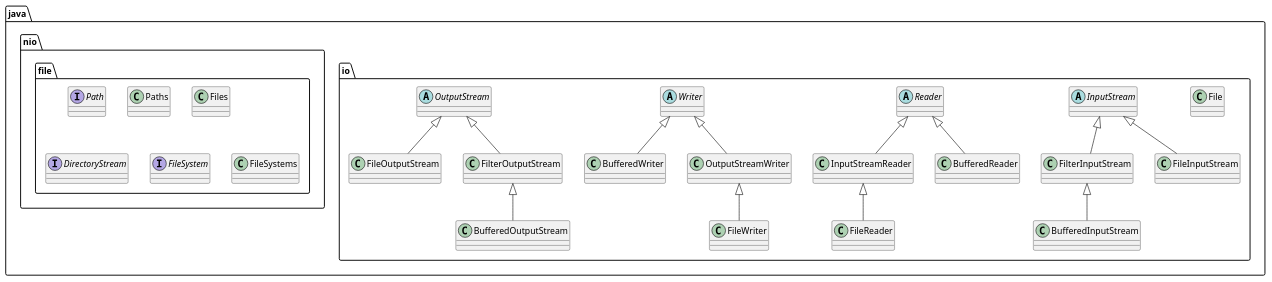
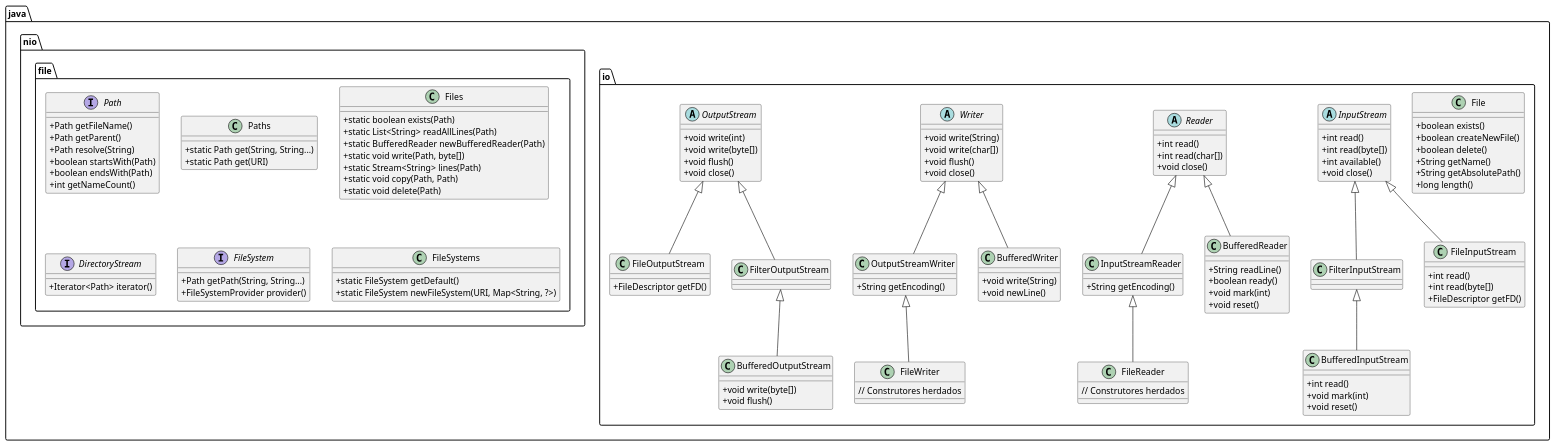
One commit to caioamorim7/poo changed the diagram in lectures/examples/12-file/doc/file.plantuml. Above: the diagram before and after it, drawn with PlantUML. The commit also changed 4 other files, not shown here.

```diff
--- a/lectures/examples/12-file/doc/file.plantuml
+++ b/lectures/examples/12-file/doc/file.plantuml
@@ -1,43 +1,137 @@
 @startuml
 skinparam classAttributeIconSize 0
 
-
 package "java.io" {
 
-    class File
+    class File {
+        +boolean exists()
+        +boolean createNewFile()
+        +boolean delete()
+        +String getName()
+        +String getAbsolutePath()
+        +long length()
+    }
 
-    abstract class InputStream
+    abstract class InputStream {
+        +int read()
+        +int read(byte[])
+        +int available()
+        +void close()
+    }
 
     class FilterInputStream extends InputStream
-    class BufferedInputStream extends FilterInputStream
-    class FileInputStream extends InputStream
 
-    abstract class Reader
-    
-    class InputStreamReader extends Reader
-    class FileReader extends InputStreamReader
-    class BufferedReader extends Reader
+    class BufferedInputStream extends FilterInputStream {
+        +int read()
+        +void mark(int)
+        +void reset()
+    }
 
-    abstract class Writer
+    class FileInputStream extends InputStream {
+        +int read()
+        +int read(byte[])
+        +FileDescriptor getFD()
+    }
 
-    class BufferedWriter extends Writer
-    class OutputStreamWriter extends Writer
-    class FileWriter extends OutputStreamWriter
+    abstract class Reader {
+        +int read()
+        +int read(char[])
+        +void close()
+    }
 
-    abstract class OutputStream
+    class InputStreamReader extends Reader {
+        +String getEncoding()
+    }
 
-    class FileOutputStream extends OutputStream
+    class FileReader extends InputStreamReader {
+        // Construtores herdados
+    }
+
+    class BufferedReader extends Reader {
+        +String readLine()
+        +boolean ready()
+        +void mark(int)
+        +void reset()
+    }
+
+    abstract class Writer {
+        +void write(String)
+        +void write(char[])
+        +void flush()
+        +void close()
+    }
+
+    class OutputStreamWriter extends Writer {
+        +String getEncoding()
+    }
+
+    class BufferedWriter extends Writer {
+        +void write(String)
+        +void newLine()
+    }
+
+    class FileWriter extends OutputStreamWriter {
+        // Construtores herdados
+    }
+
+    abstract class OutputStream {
+        +void write(int)
+        +void write(byte[])
+        +void flush()
+        +void close()
+    }
+
+    class FileOutputStream extends OutputStream {
+        +FileDescriptor getFD()
+    }
+
     class FilterOutputStream extends OutputStream
-    class BufferedOutputStream extends FilterOutputStream
+
+    class BufferedOutputStream extends FilterOutputStream {
+        +void write(byte[])
+        +void flush()
+    }
 }
 
 package "java.nio.file" {
-    interface Path
-    class Paths
-    class Files
-    interface DirectoryStream
-    interface FileSystem
-    class FileSystems
+
+    interface Path {
+        +Path getFileName()
+        +Path getParent()
+        +Path resolve(String)
+        +boolean startsWith(Path)
+        +boolean endsWith(Path)
+        +int getNameCount()
+    }
+
+    class Paths {
+        +static Path get(String, String...)
+        +static Path get(URI)
+    }
+
+    class Files {
+        +static boolean exists(Path)
+        +static List<String> readAllLines(Path)
+        +static BufferedReader newBufferedReader(Path)
+        +static void write(Path, byte[])
+        +static Stream<String> lines(Path)
+        +static void copy(Path, Path)
+        +static void delete(Path)
+    }
+
+    interface DirectoryStream {
+        +Iterator<Path> iterator()
+    }
+
+    interface FileSystem {
+        +Path getPath(String, String...)
+        +FileSystemProvider provider()
+    }
+
+    class FileSystems {
+        +static FileSystem getDefault()
+        +static FileSystem newFileSystem(URI, Map<String, ?>)
+    }
 }
 
 @enduml
```
